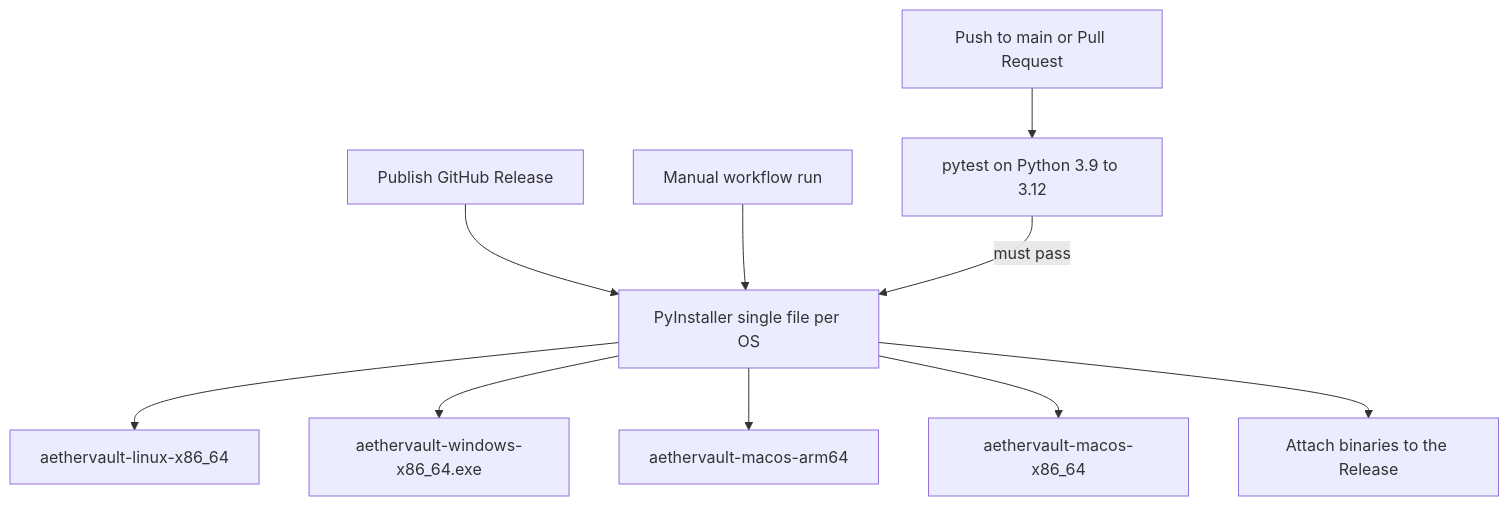
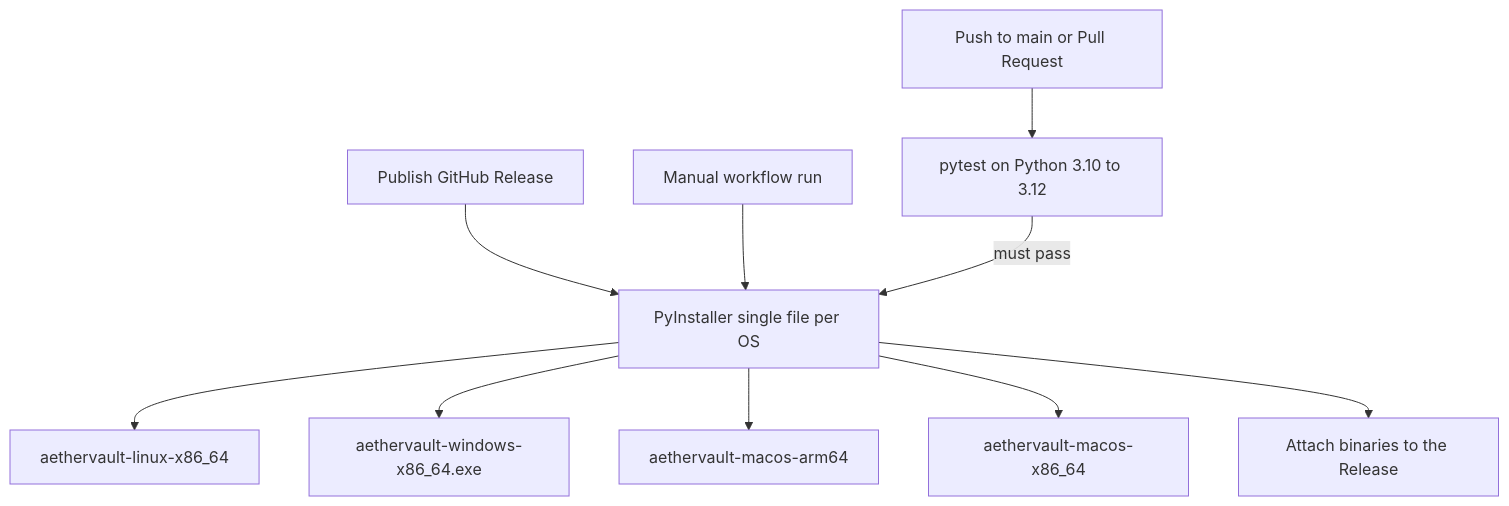
The third of 3 diagrams in aethervault/docs/sys/aethervault.mmd (AetherSolDev/AetherVault), drawn with Mermaid before and after one commit. The commit also changed 9 other files, not shown here.

````diff
--- a/aethervault/docs/sys/aethervault.mmd
+++ b/aethervault/docs/sys/aethervault.mmd
@@ -433,12 +433,12 @@
 ```mermaid
 flowchart TD
-    GIT[Push to main or Pull Request] --> CI[pytest on Python 3.9 to 3.12]
+    GIT[Push to main or Pull Request] --> CI[pytest on Python 3.10 to 3.12]
     REL[Publish GitHub Release] --> BUILD[PyInstaller single file per OS]
     MAN[Manual workflow run] --> BUILD
     CI -->|must pass| BUILD
     BUILD --> LIN[aethervault-linux-x86_64]
     BUILD --> WIN[aethervault-windows-x86_64.exe]
     BUILD --> MACA[aethervault-macos-arm64]
     BUILD --> MACX[aethervault-macos-x86_64]
     BUILD --> ATTACH[Attach binaries to the Release]
 ```
````
